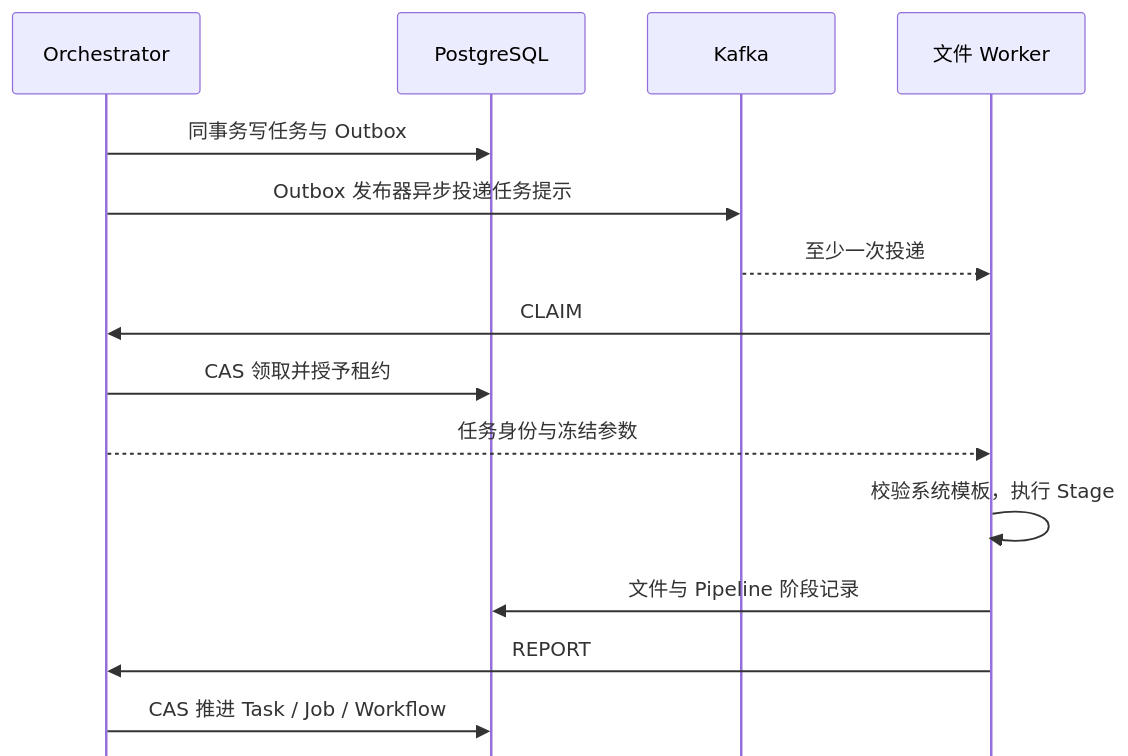
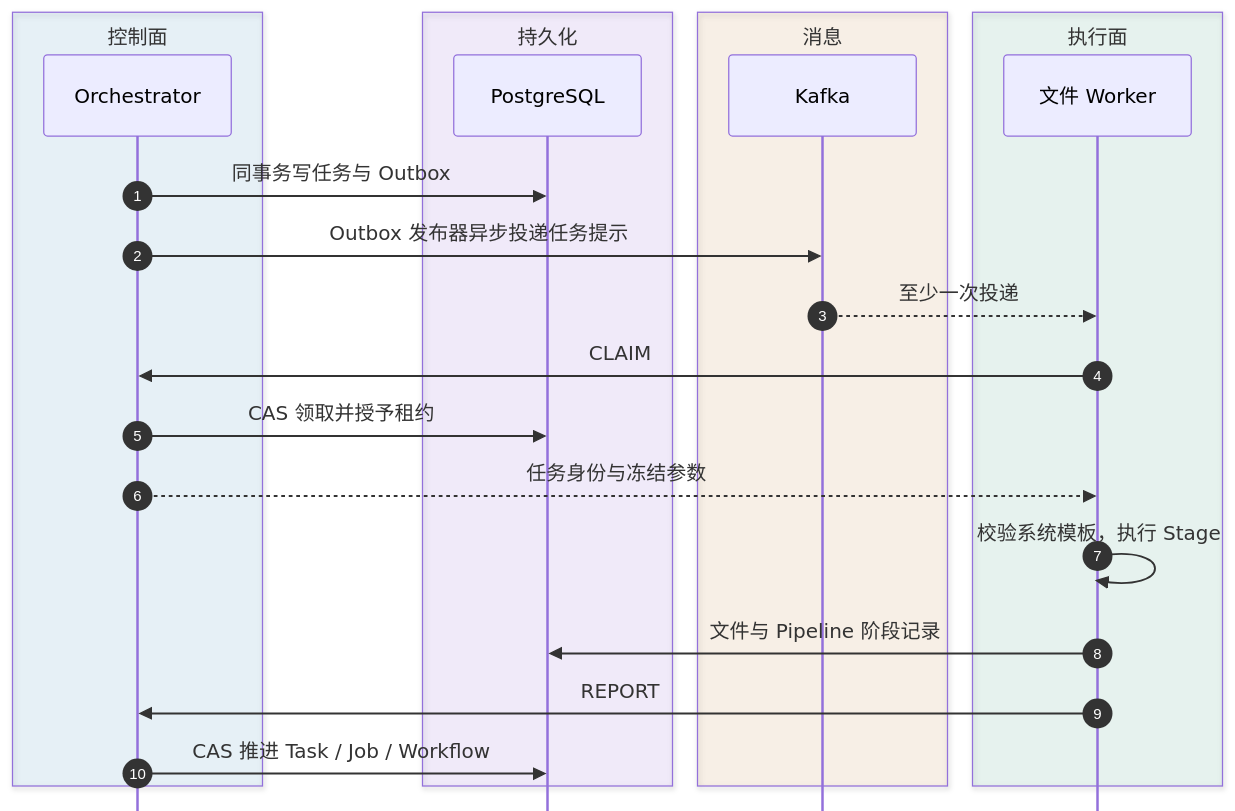
One commit to pinpols/file-batch-system changed the sixth of 8 diagrams in docs/design/file-pipeline-design.md. Above: the diagram before and after it, drawn with Mermaid. The commit also changed other lines of this file and 34 other files, not shown here.

First line of the commit message:
docs(diagram): 完成 P3 Mermaid 图样式收口并补充制图规范 (#1390)

````diff
--- a/docs/design/file-pipeline-design.md
+++ b/docs/design/file-pipeline-design.md
@@ -923,18 +931,27 @@
 ```mermaid
 %%{init: {"flowchart":{"curve":"linear","nodeSpacing":32,"rankSpacing":48},"sequence":{"mirrorActors":false}}}%%
 sequenceDiagram
-  participant O as Orchestrator
-  participant DB as PostgreSQL
-  participant K as Kafka
-  participant W as 文件 Worker
+  autonumber
+  box rgba(2,132,199,0.08) 控制面
+    participant O as Orchestrator
+  end
+  box rgba(124,58,237,0.08) 持久化
+    participant DB as PostgreSQL
+  end
+  box rgba(217,119,6,0.08) 消息
+    participant K as Kafka
+  end
+  box rgba(5,150,105,0.08) 执行面
+    participant W as 文件 Worker
+  end
   O->>DB: 同事务写任务与 Outbox
   O->>K: Outbox 发布器异步投递任务提示
   K-->>W: 至少一次投递
   W->>O: CLAIM
   O->>DB: CAS 领取并授予租约
   O-->>W: 任务身份与冻结参数
   W->>W: 校验系统模板，执行 Stage
   W->>DB: 文件与 Pipeline 阶段记录
   W->>O: REPORT
   O->>DB: CAS 推进 Task / Job / Workflow
 ```
````
